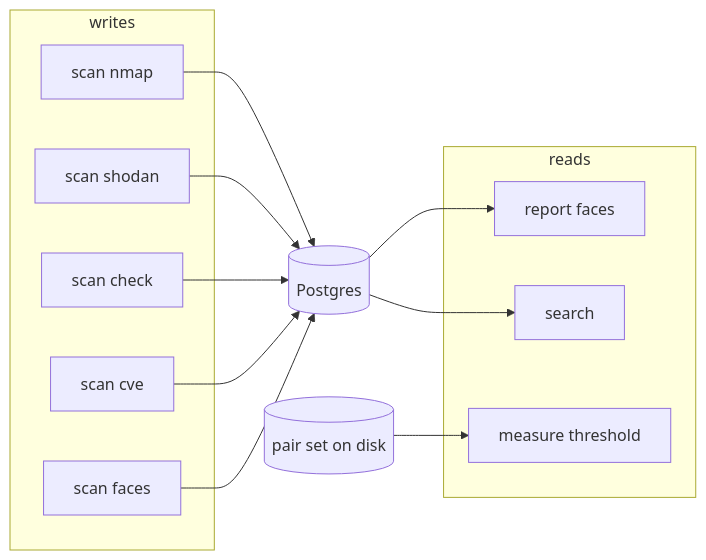
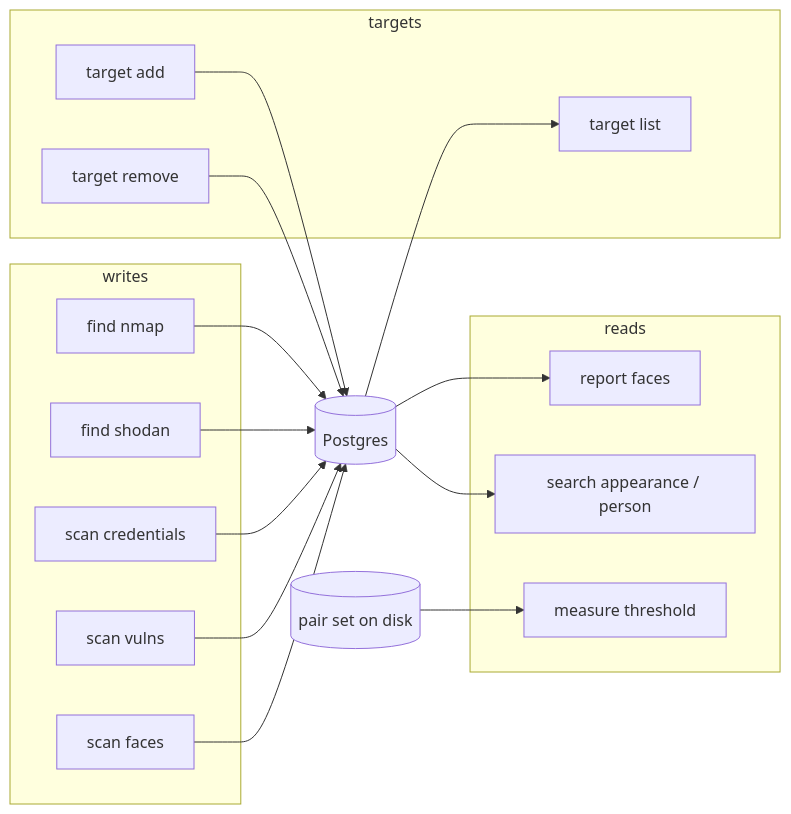
Before and after one commit to iklobato/shodan_rtsp: the second of 3 diagrams in README.md, drawn with Mermaid. The commit also changed other lines of this file and 10 other files, not shown here.

````diff
--- a/README.md
+++ b/README.md
@@ -341,23 +353,31 @@
 ```mermaid
 flowchart LR
     subgraph writes
-      N[scan nmap]
-      S[scan shodan]
-      C[scan check]
-      V[scan cve]
+      N[find nmap]
+      S[find shodan]
+      C[scan credentials]
+      V[scan vulns]
       F[scan faces]
     end
     subgraph reads
       R[report faces]
-      Q[search]
+      Q[search appearance / person]
       M[measure threshold]
+    end
+    subgraph targets
+      A[target add]
+      L[target list]
+      X[target remove]
     end
     N --> DB[(Postgres)]
     S --> DB
     C --> DB
     V --> DB
     F --> DB
+    A --> DB
+    X --> DB
     DB --> R
     DB --> Q
+    DB --> L
     P[(pair set on disk)] --> M
 ```
````
